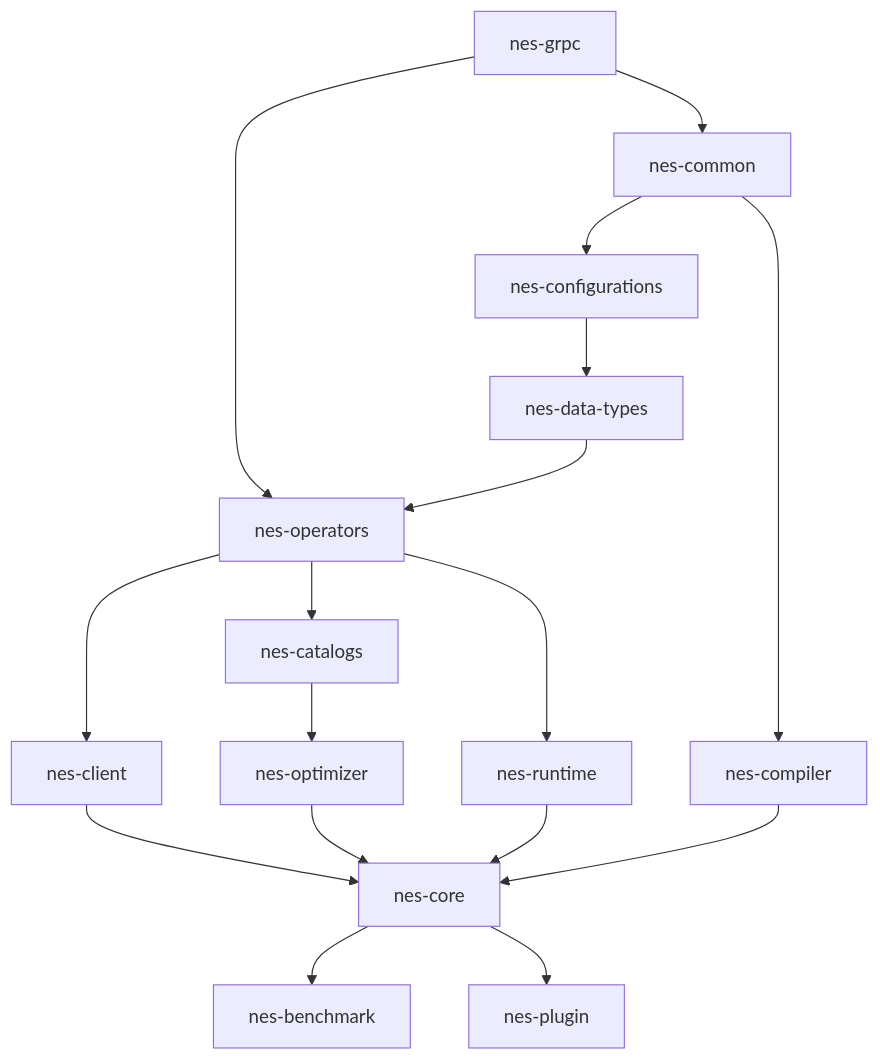
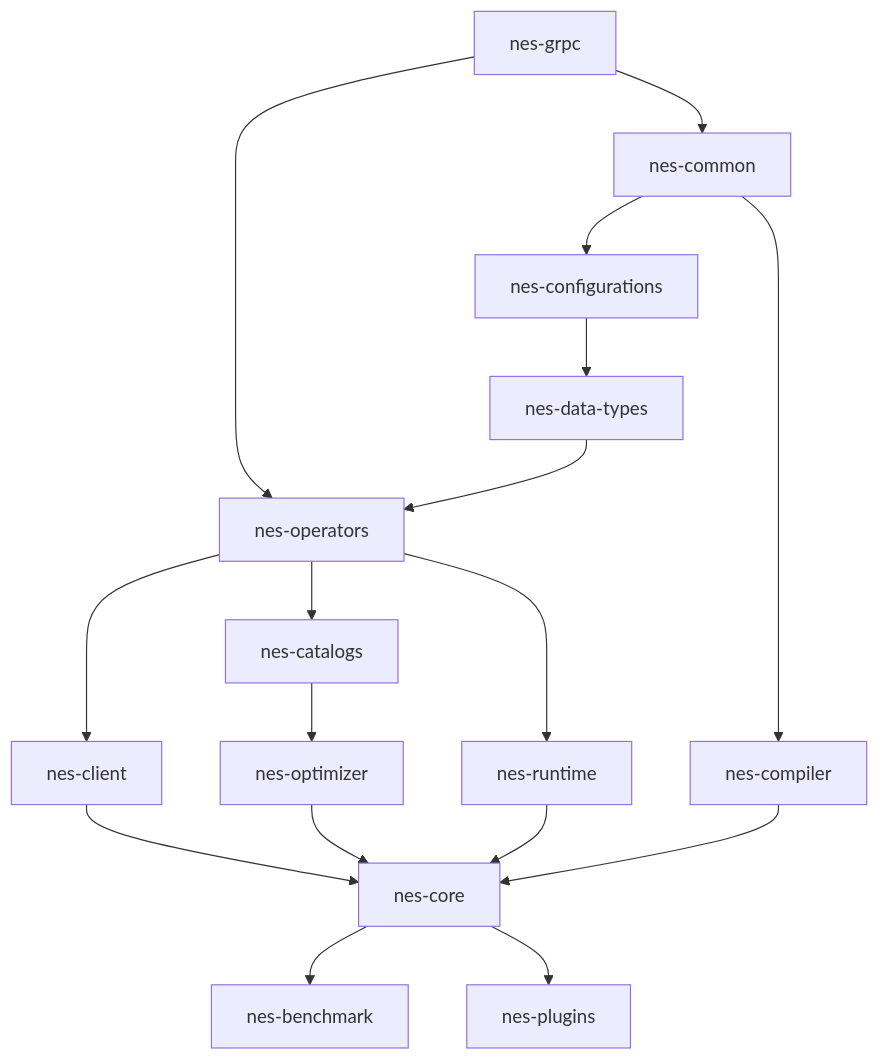
One commit to nebulastream/nebulastream changed the diagram in README.md. Above: the diagram before and after it, drawn with Mermaid. The commit also changed 1 other file, not shown here.

Commit message:
#4246: Updated E2ECoordinatorSingleWorkerTest

````diff
--- a/README.md
+++ b/README.md
@@ -42,19 +42,19 @@
 ```mermaid
 graph TD;
   nes-core-->nes-benchmark;
   nes-operators-->nes-catalogs;
   nes-operators-->nes-client;
   nes-grpc-->nes-common;
   nes-common-->nes-compiler; 
   nes-common-->nes-configurations;
   nes-client-->nes-core;
   nes-optimizer-->nes-core;
   nes-runtime-->nes-core;
   nes-compiler-->nes-core;
   nes-configurations-->nes-data-types;
   nes-grpc-->nes-operators;
   nes-data-types-->nes-operators;
   nes-catalogs-->nes-optimizer;
-  nes-core-->nes-plugin;
+  nes-core-->nes-plugins;
   nes-operators-->nes-runtime;
 ```
````
